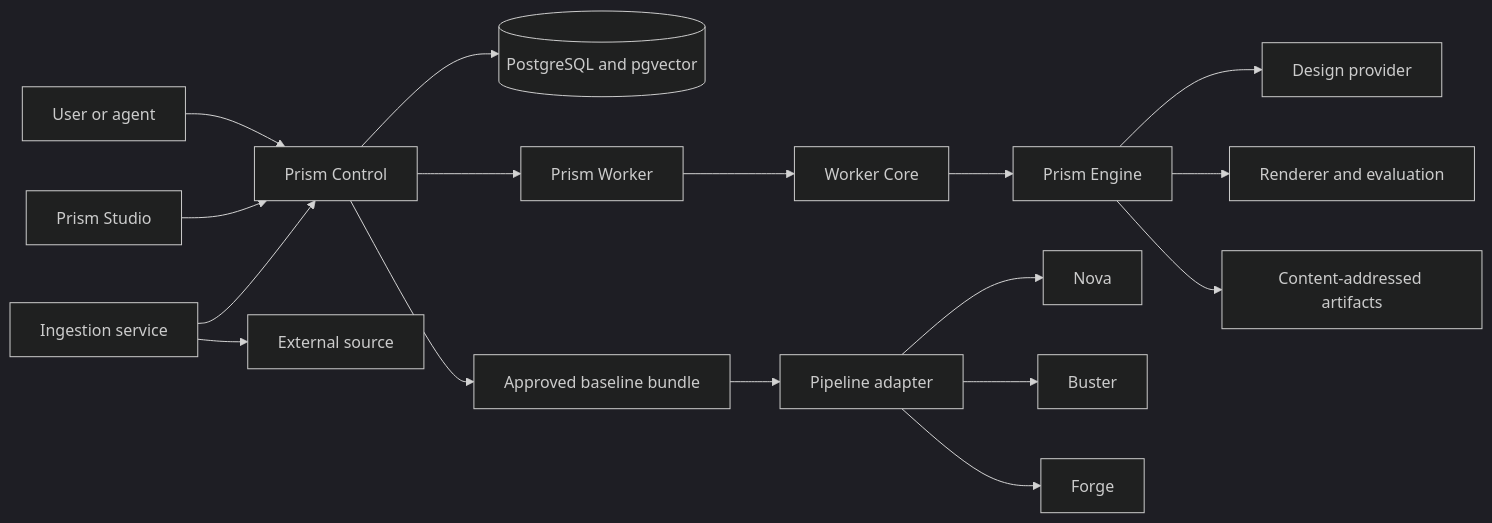
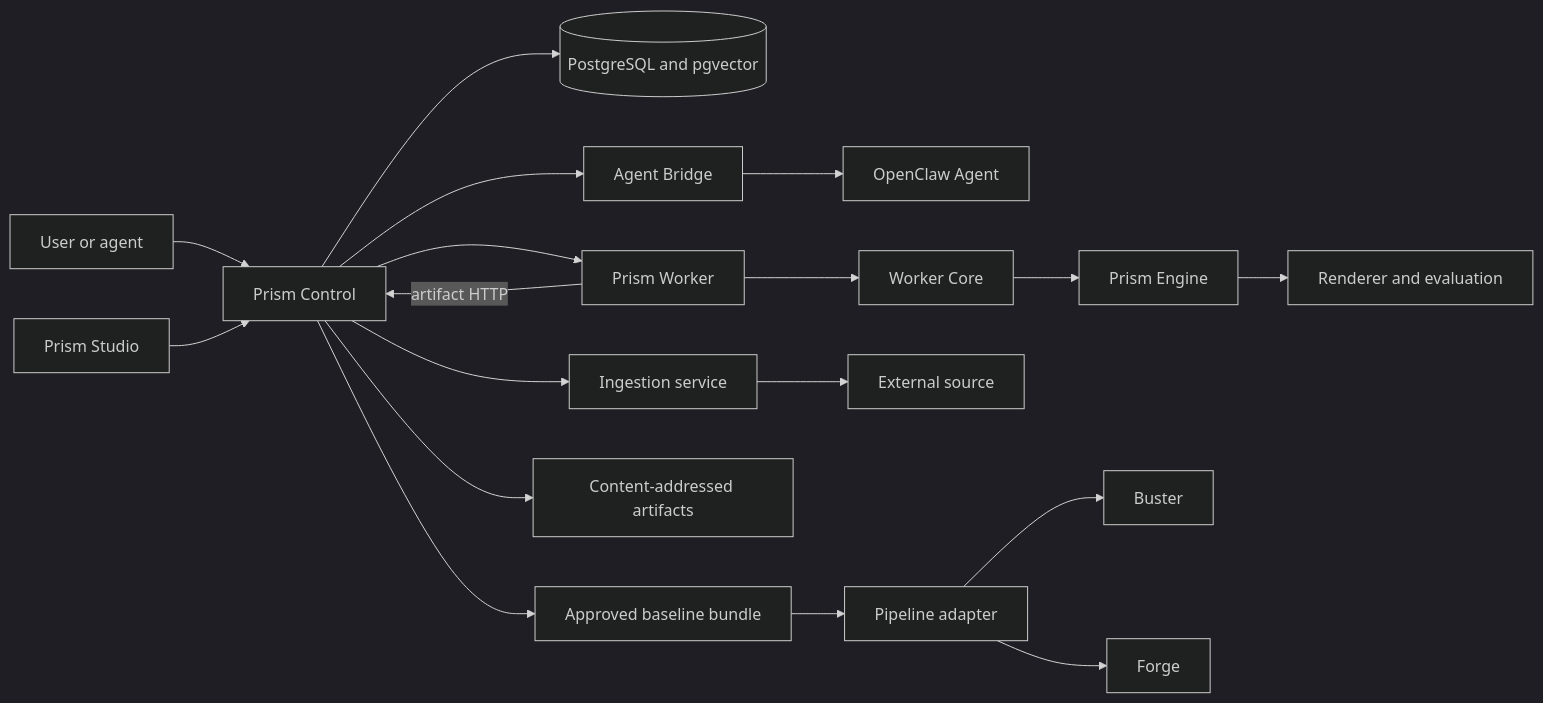
One commit to datrab/kubeclaw changed the diagram in docs/site/understand/prism.md. Above: the diagram before and after it, drawn with Mermaid (dark theme). The commit also changed other lines of this file and 5 other files, not shown here.

````diff
--- a/docs/site/understand/prism.md
+++ b/docs/site/understand/prism.md
@@ -67,19 +67,20 @@
 ```mermaid
 flowchart LR
     User[User or agent] --> Control[Prism Control]
     Studio[Prism Studio] --> Control
     Control --> DB[(PostgreSQL and pgvector)]
+    Control --> Agent[Agent Bridge]
+    Agent --> OpenClaw[OpenClaw Agent]
     Control --> Worker[Prism Worker]
     Worker --> Core[Worker Core]
     Core --> Engine[Prism Engine]
-    Engine --> Provider[Design provider]
     Engine --> Render[Renderer and evaluation]
-    Ingest[Ingestion service] --> Control
+    Control --> Ingest[Ingestion service]
     Ingest --> Source[External source]
-    Engine --> Artifacts[Content-addressed artifacts]
+    Worker -->|artifact HTTP| Control
+    Control --> Artifacts[Content-addressed artifacts]
     Control --> Baseline[Approved baseline bundle]
     Baseline --> Adapter[Pipeline adapter]
-    Adapter --> Nova[Nova]
     Adapter --> Buster[Buster]
     Adapter --> Forge[Forge]
 ```
````
